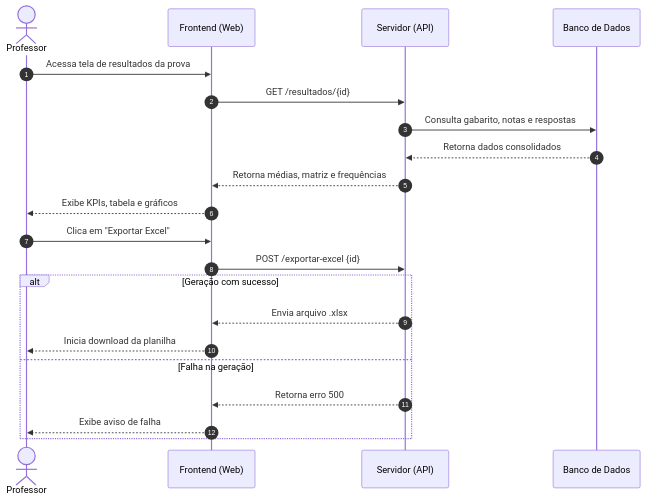
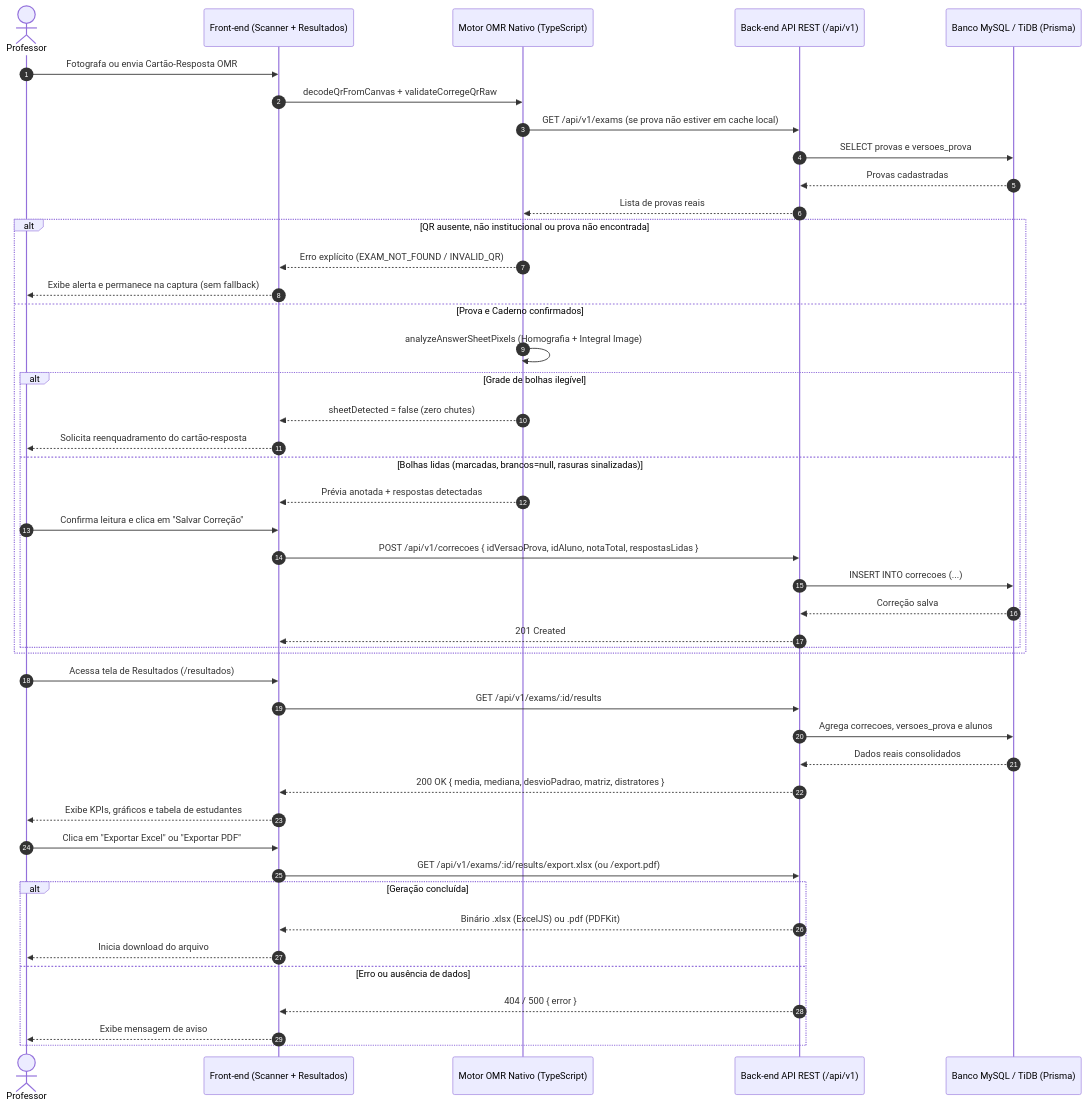
The diagram in docs/diagramas/sequencia/resultados.md (Projeto-Arquitetura-de-Software-Grupo-9/front-end), drawn with Mermaid before and after one commit. The commit also changed other lines of this file and 27 other files, not shown here.

Commit message:
feat(frontend): implement pure-TS OMR engine, strict camera validation, real backend JWT auth, and update full documentation

````diff
--- a/docs/diagramas/sequencia/resultados.md
+++ b/docs/diagramas/sequencia/resultados.md
@@ -13,28 +5,53 @@
 ```mermaid
 sequenceDiagram
     autonumber
     actor Professor as Professor
-    participant Frontend as Frontend (Web)
-    participant Servidor as Servidor (API)
-    participant BancoDeDados as Banco de Dados
+    participant Frontend as Front-end (Scanner + Resultados)
+    participant OMR as Motor OMR Nativo (TypeScript)
+    participant API as Back-end API REST (/api/v1)
+    participant DB as Banco MySQL / TiDB (Prisma)
 
-    %% Carregamento
-    Professor->>Frontend: Acessa tela de resultados da prova
-    Frontend->>Servidor: GET /resultados/{id}
-    Servidor->>BancoDeDados: Consulta gabarito, notas e respostas
-    BancoDeDados-->>Servidor: Retorna dados consolidados
-    Servidor-->>Frontend: Retorna médias, matriz e frequências
-    Frontend-->>Professor: Exibe KPIs, tabela e gráficos
+    %% Leitura Óptica & Validação Estrita
+    Professor->>Frontend: Fotografa ou envia Cartão-Resposta OMR
+    Frontend->>OMR: decodeQrFromCanvas + validateCorregeQrRaw
+    OMR->>API: GET /api/v1/exams (se prova não estiver em cache local)
+    API->>DB: SELECT provas e versoes_prova
+    DB-->>API: Provas cadastradas
+    API-->>OMR: Lista de provas reais
 
-    %% Exportação
-    Professor->>Frontend: Clica em "Exportar Excel"
-    Frontend->>Servidor: POST /exportar-excel {id}
-    
-    alt Geração com sucesso
-        Servidor-->>Frontend: Envia arquivo .xlsx
-        Frontend-->>Professor: Inicia download da planilha
-    else Falha na geração
-        Servidor-->>Frontend: Retorna erro 500
-        Frontend-->>Professor: Exibe aviso de falha
+    alt QR ausente, não institucional ou prova não encontrada
+        OMR-->>Frontend: Erro explícito (EXAM_NOT_FOUND / INVALID_QR)
+        Frontend-->>Professor: Exibe alerta e permanece na captura (sem fallback)
+    else Prova e Caderno confirmados
+        OMR->>OMR: analyzeAnswerSheetPixels (Homografia + Integral Image)
+        alt Grade de bolhas ilegível
+            OMR-->>Frontend: sheetDetected = false (zero chutes)
+            Frontend-->>Professor: Solicita reenquadramento do cartão-resposta
+        else Bolhas lidas (marcadas, brancos=null, rasuras sinalizadas)
+            OMR-->>Frontend: Prévia anotada + respostas detectadas
+            Professor->>Frontend: Confirma leitura e clica em "Salvar Correção"
+            Frontend->>API: POST /api/v1/correcoes { idVersaoProva, idAluno, notaTotal, respostasLidas }
+            API->>DB: INSERT INTO correcoes (...)
+            DB-->>API: Correção salva
+            API-->>Frontend: 201 Created
+        end
+    end
+
+    %% Relatório Consolidado e Exportações
+    Professor->>Frontend: Acessa tela de Resultados (/resultados)
+    Frontend->>API: GET /api/v1/exams/:id/results
+    API->>DB: Agrega correcoes, versoes_prova e alunos
+    DB-->>API: Dados reais consolidados
+    API-->>Frontend: 200 OK { media, mediana, desvioPadrao, matriz, distratores }
+    Frontend-->>Professor: Exibe KPIs, gráficos e tabela de estudantes
+
+    Professor->>Frontend: Clica em "Exportar Excel" ou "Exportar PDF"
+    Frontend->>API: GET /api/v1/exams/:id/results/export.xlsx (ou /export.pdf)
+    alt Geração concluída
+        API-->>Frontend: Binário .xlsx (ExcelJS) ou .pdf (PDFKit)
+        Frontend-->>Professor: Inicia download do arquivo
+    else Erro ou ausência de dados
+        API-->>Frontend: 404 / 500 { error }
+        Frontend-->>Professor: Exibe mensagem de aviso
     end
 ```
````
